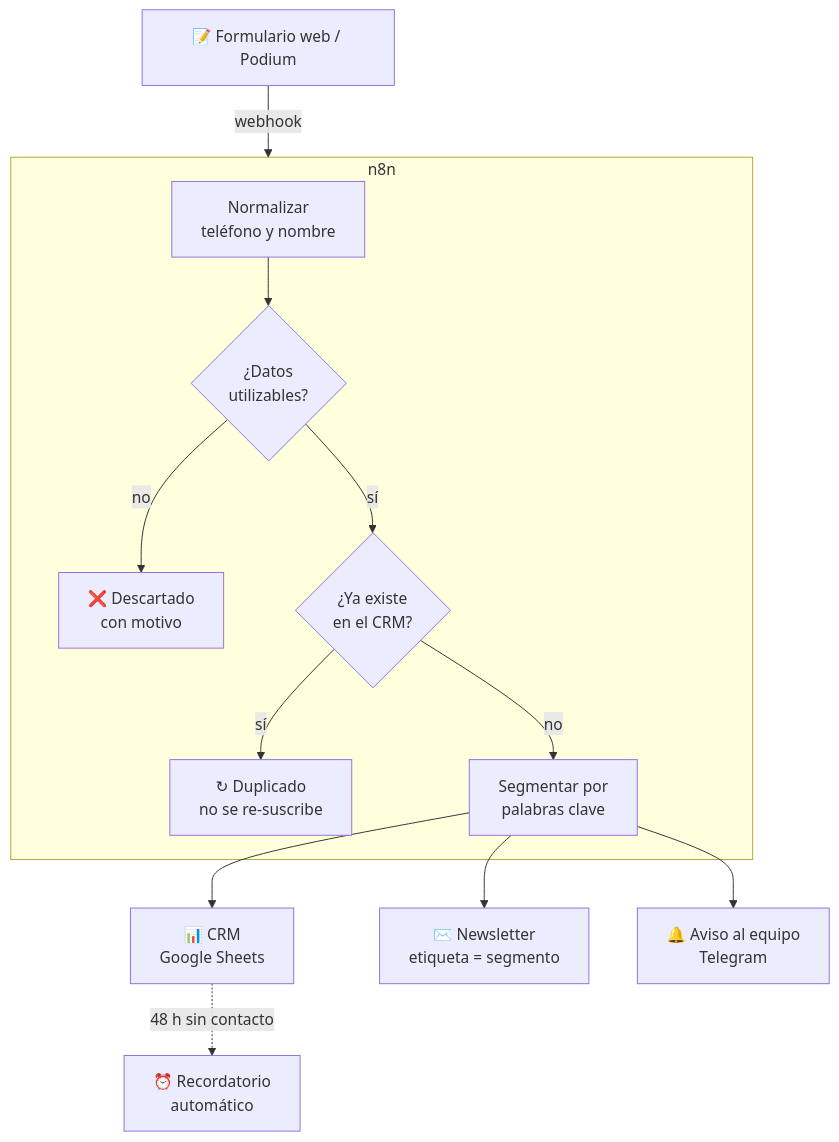
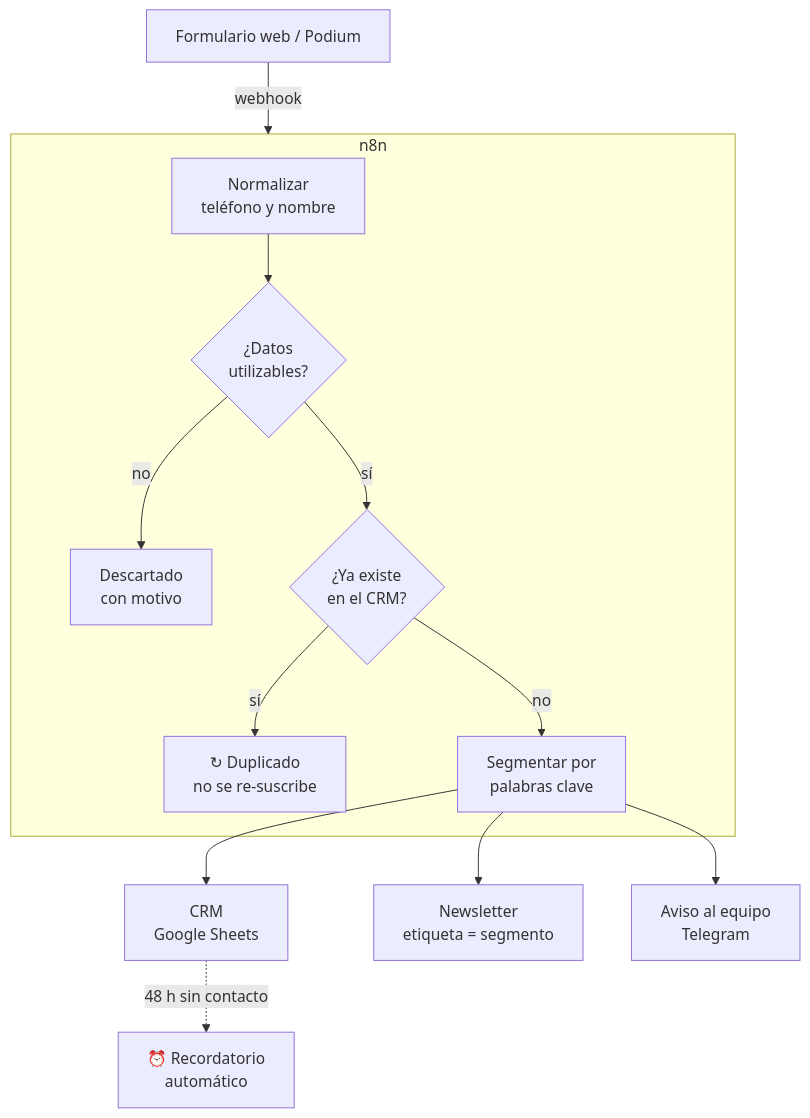
The first of 2 diagrams in README.md (danielyatacoblas/flujo-leads-n8n), drawn with Mermaid before and after one commit. The commit also changed other lines of this file and 6 other files, not shown here.

````diff
--- a/README.md
+++ b/README.md
@@ -48,15 +48,15 @@
 ```mermaid
 flowchart TD
-    F["📝 Formulario web / Podium"] -->|webhook| N
+    F[" Formulario web / Podium"] -->|webhook| N
     subgraph N ["n8n"]
         A["Normalizar<br/>teléfono y nombre"] --> B{"¿Datos<br/>utilizables?"}
-        B -->|no| X["❌ Descartado<br/>con motivo"]
+        B -->|no| X[" Descartado<br/>con motivo"]
         B -->|sí| C{"¿Ya existe<br/>en el CRM?"}
         C -->|sí| Y["↻ Duplicado<br/>no se re-suscribe"]
         C -->|no| D["Segmentar por<br/>palabras clave"]
     end
-    D --> E["📊 CRM<br/>Google Sheets"]
-    D --> G["✉️ Newsletter<br/>etiqueta = segmento"]
-    D --> H["🔔 Aviso al equipo<br/>Telegram"]
+    D --> E[" CRM<br/>Google Sheets"]
+    D --> G[" Newsletter<br/>etiqueta = segmento"]
+    D --> H[" Aviso al equipo<br/>Telegram"]
     E -.->|48 h sin contacto| I["⏰ Recordatorio<br/>automático"]
 ```
````
